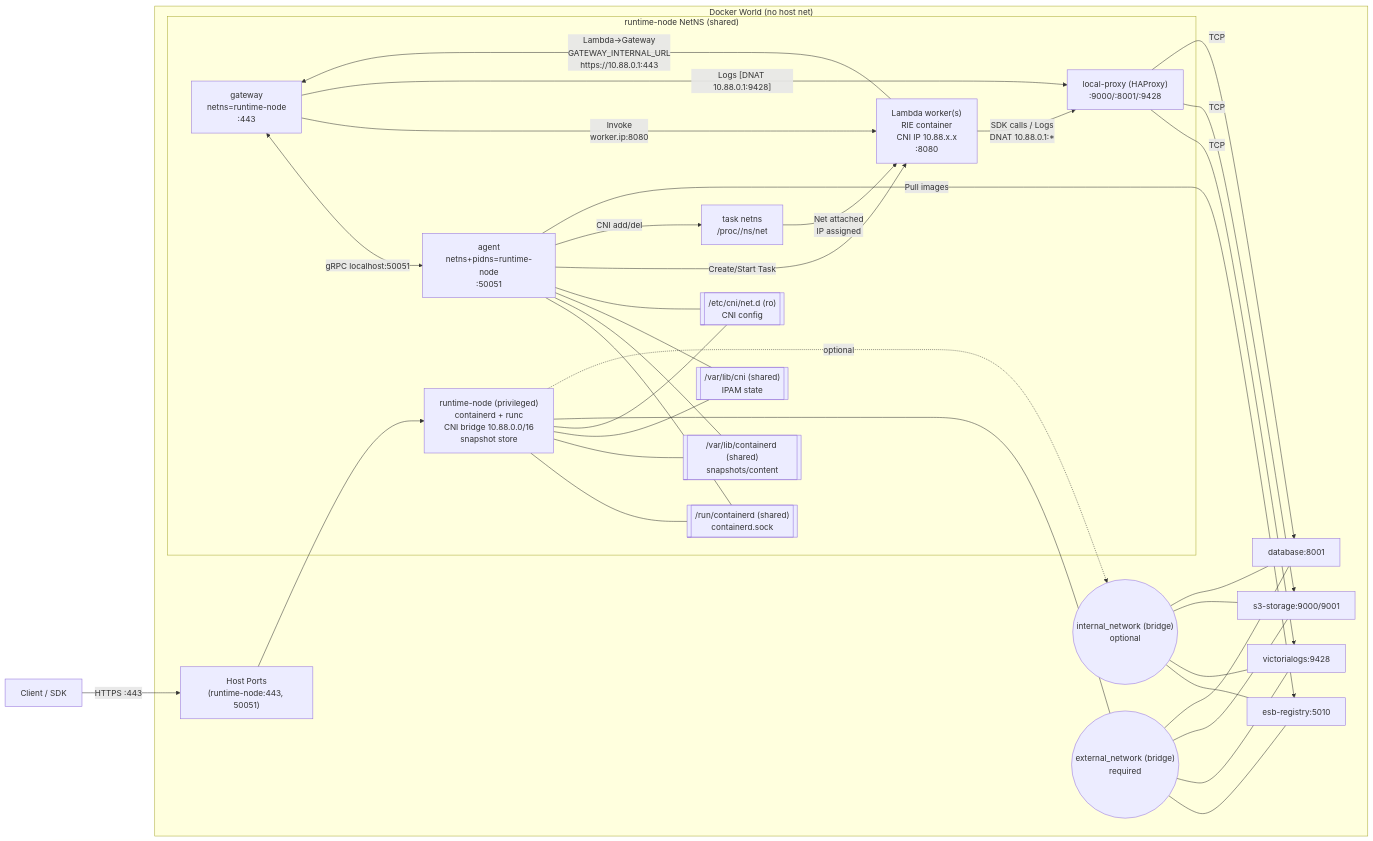
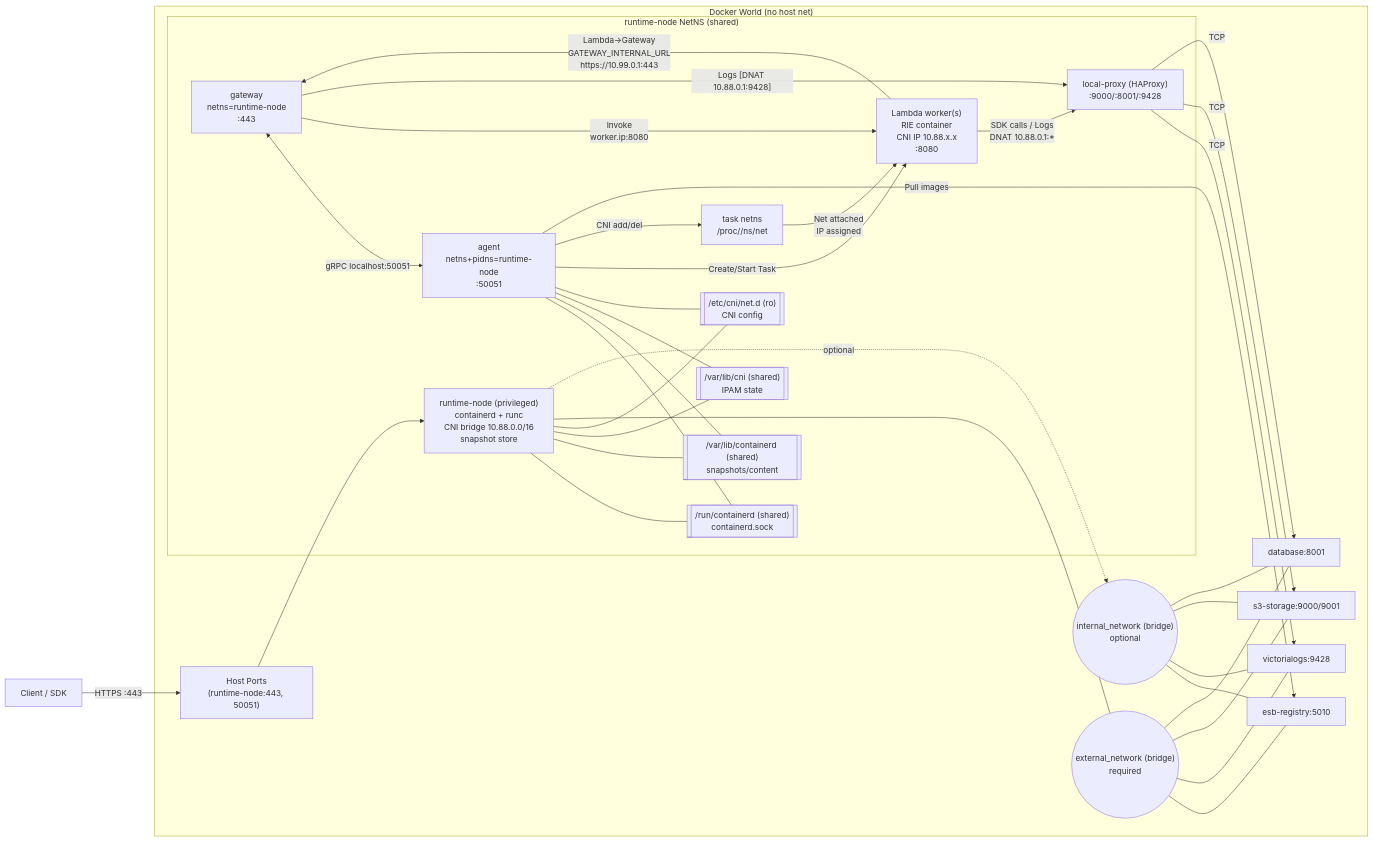
The first of 2 diagrams in docs/firecracker-roadmap.md (poruru-code/edge-serverless-box), drawn with Mermaid before and after one commit. The commit also changed other lines of this file and 17 other files, not shown here.

````diff
--- a/docs/firecracker-roadmap.md
+++ b/docs/firecracker-roadmap.md
@@ -30,68 +30,68 @@
 ```mermaid
 flowchart LR
   Client["Client / SDK"] -->|HTTPS :443| HostPorts["Host Ports\n(runtime-node:443, 50051)"]
 
   subgraph DockerWorld["Docker World (no host net)"]
     subgraph RuntimeNS["runtime-node NetNS (shared)"]
       RuntimeNode["runtime-node (privileged)\ncontainerd + runc\nCNI bridge 10.88.0.0/16\nsnapshot store"]
       Gateway["gateway\nnetns=runtime-node\n:443"]
       Agent["agent\nnetns+pidns=runtime-node\n:50051"]
 
       TaskNS["task netns\n/proc/<pid>/ns/net"]
       Worker["Lambda worker(s)\nRIE container\nCNI IP 10.88.x.x\n:8080"]
       LocalProxy["local-proxy (HAProxy)\n:9000/:8001/:9428"]
 
       Gateway <-->|gRPC localhost:50051| Agent
 
       SockVol[["/run/containerd (shared)\ncontainerd.sock"]]
       LibVol[["/var/lib/containerd (shared)\nsnapshots/content"]]
       CniVol[["/var/lib/cni (shared)\nIPAM state"]]
       CniConf[["/etc/cni/net.d (ro)\nCNI config"]]
 
       Agent --- SockVol
       RuntimeNode --- SockVol
       Agent --- LibVol
       RuntimeNode --- LibVol
       Agent --- CniVol
       RuntimeNode --- CniVol
       Agent --- CniConf
       RuntimeNode --- CniConf
 
       Agent -->|Create/Start Task| Worker
       Agent -->|CNI add/del| TaskNS
       TaskNS -->|Net attached\nIP assigned| Worker
 
       Gateway -->|Invoke\nworker.ip:8080| Worker
-      Worker -->|Lambda->Gateway\nGATEWAY_INTERNAL_URL\nhttps://10.88.0.1:443| Gateway
+      Worker -->|Lambda->Gateway\nGATEWAY_INTERNAL_URL\nhttps://10.99.0.1:443| Gateway
       Worker -->|SDK calls / Logs\nDNAT 10.88.0.1:*| LocalProxy
     end
 
     ExternalNet(("external_network (bridge)\nrequired"))
     InternalNet(("internal_network (bridge)\noptional"))
 
     HostPorts --> RuntimeNode
     RuntimeNode --- ExternalNet
     RuntimeNode -.->|optional| InternalNet
 
     Registry["esb-registry:5010"]
     Victoria["victorialogs:9428"]
     S3["s3-storage:9000/9001"]
     DB["database:8001"]
 
     ExternalNet --- Registry
     ExternalNet --- Victoria
     ExternalNet --- S3
     ExternalNet --- DB
 
     InternalNet --- Registry
     InternalNet --- Victoria
     InternalNet --- S3
     InternalNet --- DB
 
     Agent -->|Pull images| Registry
     Gateway -->|"Logs [DNAT 10.88.0.1:9428]"| LocalProxy
     LocalProxy -->|TCP| Victoria
     LocalProxy -->|TCP| S3
     LocalProxy -->|TCP| DB
   end
 ```
````
